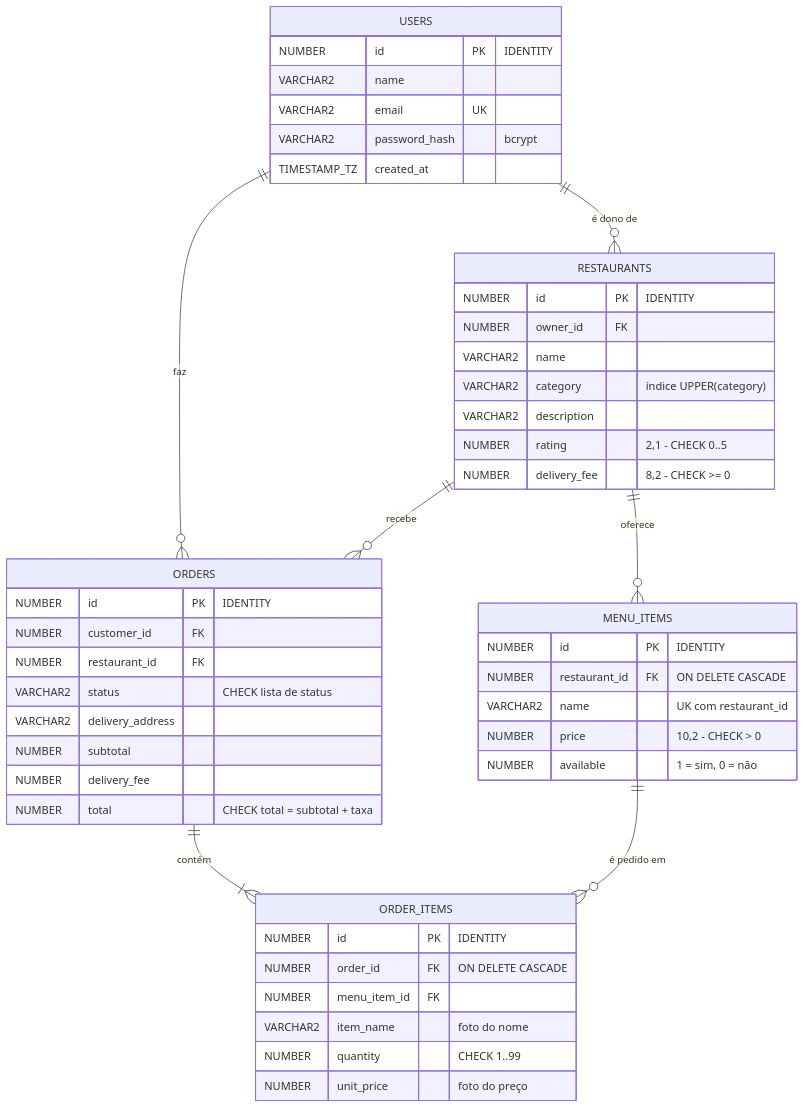
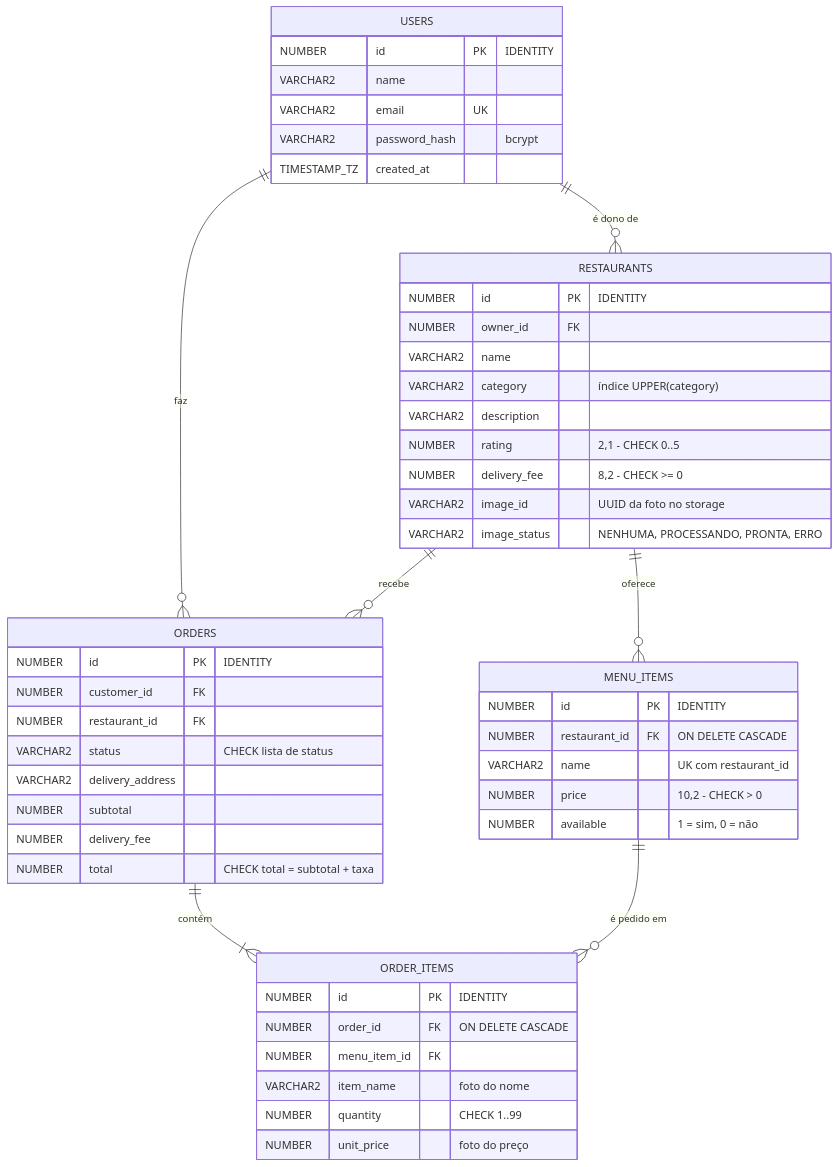
The sixth of 7 diagrams in docs/arquitetura.md (ViancoDeviolo/easyfood), drawn with Mermaid before and after one commit. The commit also changed other lines of this file and 119 other files, not shown here.

````diff
--- a/docs/arquitetura.md
+++ b/docs/arquitetura.md
@@ -120,51 +152,53 @@
 ```mermaid
 erDiagram
     USERS ||--o{ RESTAURANTS : "é dono de"
     USERS ||--o{ ORDERS : "faz"
     RESTAURANTS ||--o{ MENU_ITEMS : "oferece"
     RESTAURANTS ||--o{ ORDERS : "recebe"
     ORDERS ||--|{ ORDER_ITEMS : "contém"
     MENU_ITEMS ||--o{ ORDER_ITEMS : "é pedido em"
 
     USERS {
         NUMBER id PK "IDENTITY"
         VARCHAR2 name
         VARCHAR2 email UK
         VARCHAR2 password_hash "bcrypt"
         TIMESTAMP_TZ created_at
     }
     RESTAURANTS {
         NUMBER id PK "IDENTITY"
         NUMBER owner_id FK
         VARCHAR2 name
         VARCHAR2 category "índice UPPER(category)"
         VARCHAR2 description
         NUMBER rating "2,1 - CHECK 0..5"
         NUMBER delivery_fee "8,2 - CHECK >= 0"
+        VARCHAR2 image_id "UUID da foto no storage"
+        VARCHAR2 image_status "NENHUMA, PROCESSANDO, PRONTA, ERRO"
     }
     MENU_ITEMS {
         NUMBER id PK "IDENTITY"
         NUMBER restaurant_id FK "ON DELETE CASCADE"
         VARCHAR2 name "UK com restaurant_id"
         NUMBER price "10,2 - CHECK > 0"
         NUMBER available "1 = sim, 0 = não"
     }
     ORDERS {
         NUMBER id PK "IDENTITY"
         NUMBER customer_id FK
         NUMBER restaurant_id FK
         VARCHAR2 status "CHECK lista de status"
         VARCHAR2 delivery_address
         NUMBER subtotal
         NUMBER delivery_fee
         NUMBER total "CHECK total = subtotal + taxa"
     }
     ORDER_ITEMS {
         NUMBER id PK "IDENTITY"
         NUMBER order_id FK "ON DELETE CASCADE"
         NUMBER menu_item_id FK
         VARCHAR2 item_name "foto do nome"
         NUMBER quantity "CHECK 1..99"
         NUMBER unit_price "foto do preço"
     }
 ```
````
